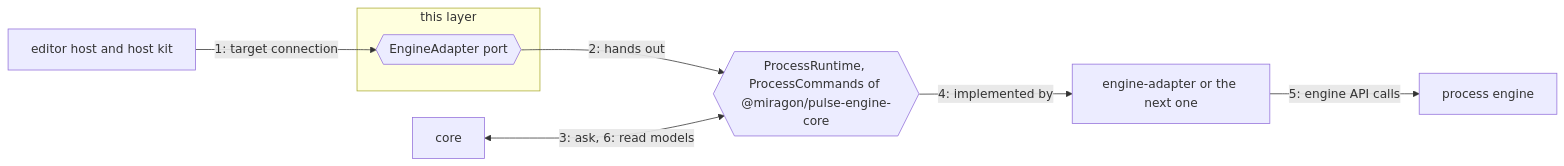
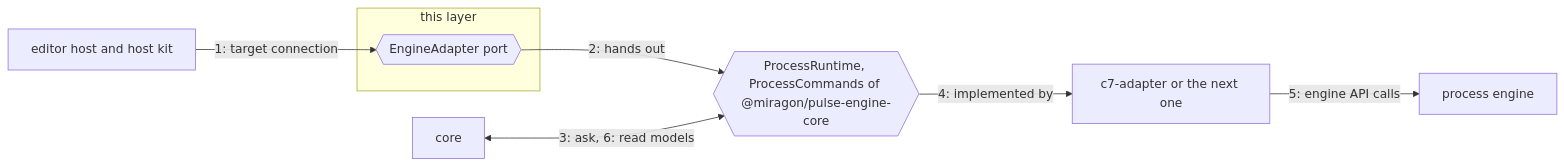
One commit to Miragon/pulse changed the diagram in packages/core/runtime-view/src/ports/README.md. Above: the diagram before and after it, drawn with Mermaid. The commit also changed other lines of this file and 174 other files, not shown here.

````diff
--- a/packages/core/runtime-view/src/ports/README.md
+++ b/packages/core/runtime-view/src/ports/README.md
@@ -19,13 +19,13 @@
 ```mermaid
 flowchart LR
   host["editor host and host kit"]
   subgraph ports [this layer]
     plug{{"EngineAdapter port"}}
   end
   contract{{"ProcessRuntime, ProcessCommands of @miragon/pulse-engine-core"}}
   host -- "1: target connection" --> plug
   plug -- "2: hands out" --> contract
   core["core"] <-- "3: ask, 6: read models" --> contract
-  contract -- "4: implemented by" --> adapter["engine-adapter or the next one"]
+  contract -- "4: implemented by" --> adapter["c7-adapter or the next one"]
   adapter -- "5: engine API calls" --> engine["process engine"]
 ```
````
